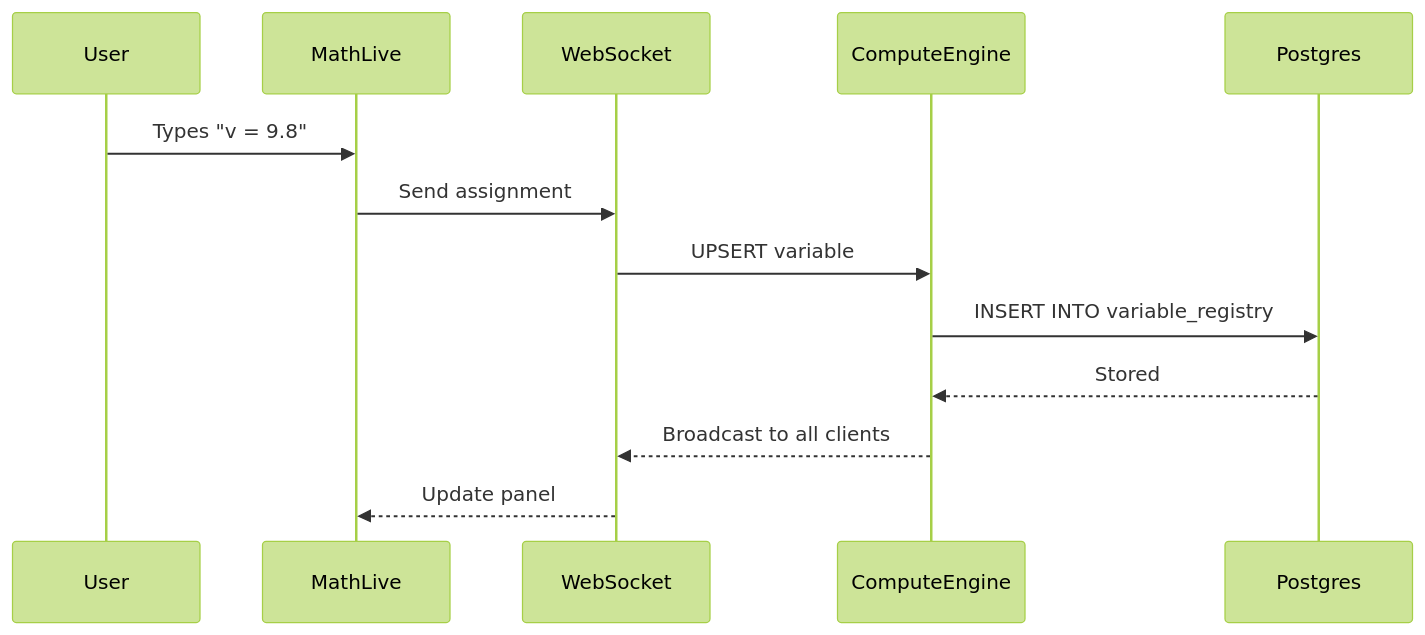
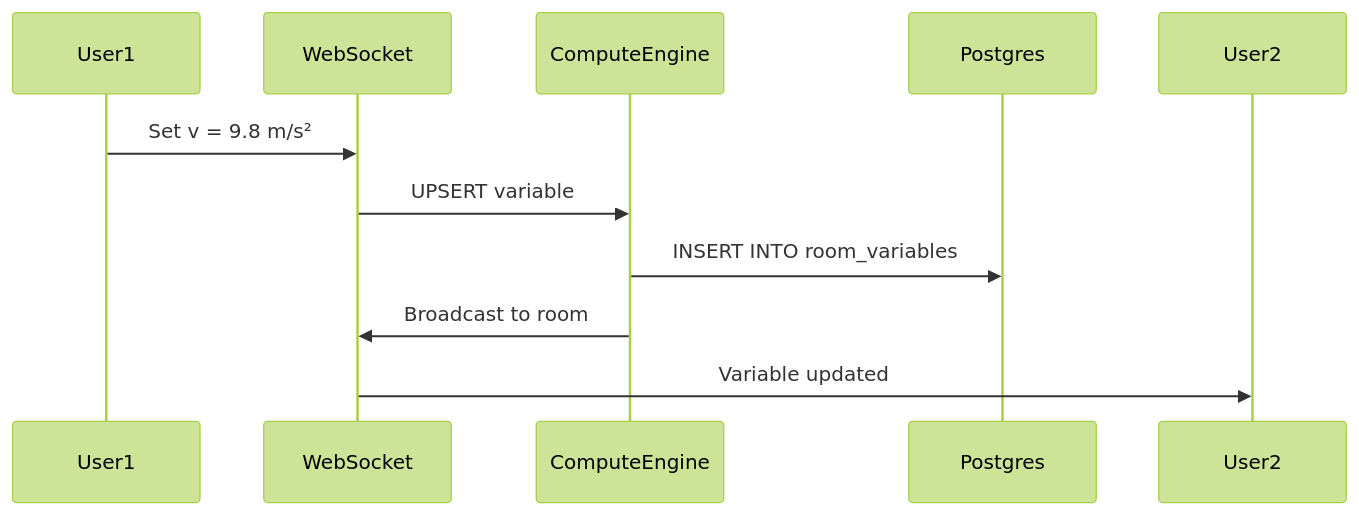
One commit to prasanth-alaparthi/ilai-001 changed the fifth of 7 diagrams in ILAI_Architecture_Blueprint.md. Above: the diagram before and after it, drawn with Mermaid (forest theme). The commit also changed other lines of this file and 81 other files, not shown here.

````diff
--- a/ILAI_Architecture_Blueprint.md
+++ b/ILAI_Architecture_Blueprint.md
@@ -82,16 +366,14 @@
 ```mermaid
 sequenceDiagram
-    participant User
-    participant MathLive
+    participant User1
     participant WebSocket
     participant ComputeEngine
     participant Postgres
+    participant User2
     
-    User->>MathLive: Types "v = 9.8"
-    MathLive->>WebSocket: Send assignment
+    User1->>WebSocket: Set v = 9.8 m/s²
     WebSocket->>ComputeEngine: UPSERT variable
-    ComputeEngine->>Postgres: INSERT INTO variable_registry
-    Postgres-->>ComputeEngine: Stored
-    ComputeEngine-->>WebSocket: Broadcast to all clients
-    WebSocket-->>MathLive: Update panel
+    ComputeEngine->>Postgres: INSERT INTO room_variables
+    ComputeEngine->>WebSocket: Broadcast to room
+    WebSocket->>User2: Variable updated
 ```
````
